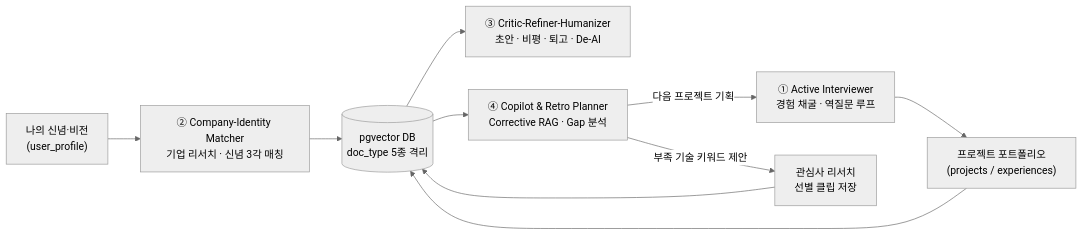
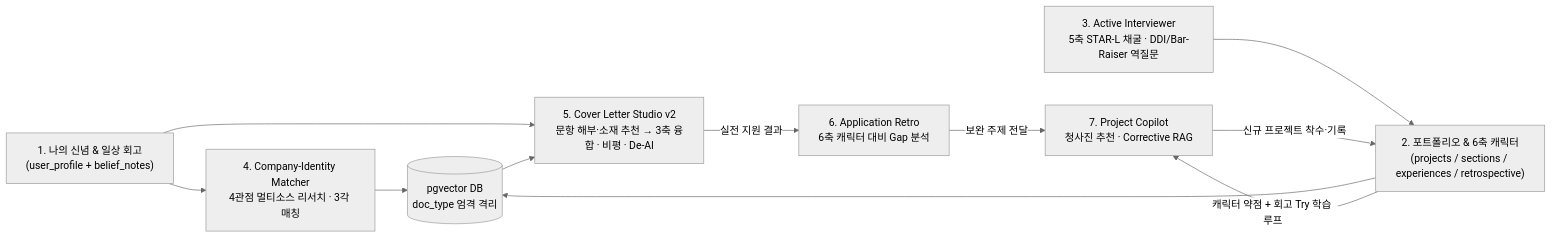
The first of 6 diagrams in WORKFLOWS.md (KASOP0306/write-on-vibe-lab), drawn with Mermaid (neutral theme) before and after one commit. The commit also changed other lines of this file and 3 other files, not shown here.

Commit message:
docs: update README, ARCHITECTURE, WORKFLOWS, and DEPLOY_EC2 to latest 7-page architecture

````diff
--- a/WORKFLOWS.md
+++ b/WORKFLOWS.md
@@ -9,12 +9,13 @@
 ```mermaid
 flowchart LR
-    ID["나의 신념·비전\n(user_profile)"] --> W2
-    W1["① Active Interviewer\n경험 채굴 · 역질문 루프"] --> PF["프로젝트 포트폴리오\n(projects / experiences)"]
-    PF --> VDB[("pgvector DB\ndoc_type 5종 격리")]
-    INT["관심사 리서치\n선별 클립 저장"] --> VDB
-    W2["② Company-Identity Matcher\n기업 리서치 · 신념 3각 매칭"] --> VDB
-    VDB --> W3["③ Critic-Refiner-Humanizer\n초안 · 비평 · 퇴고 · De-AI"]
-    VDB --> W4["④ Copilot & Retro Planner\nCorrective RAG · Gap 분석"]
-    W4 -->|"부족 기술 키워드 제안"| INT
-    W4 -->|"다음 프로젝트 기획"| W1
+    ID["1. 나의 신념 & 일상 회고\n(user_profile + belief_notes)"] --> W2
+    ID --> W3
+    W1["3. Active Interviewer\n5축 STAR-L 채굴 · DDI/Bar-Raiser 역질문"] --> PF["2. 포트폴리오 & 6축 캐릭터\n(projects / sections / experiences / retrospective)"]
+    PF --> VDB[("pgvector DB\ndoc_type 엄격 격리")]
+    W2["4. Company-Identity Matcher\n4관점 멀티소스 리서치 · 3각 매칭"] --> VDB
+    VDB --> W3["5. Cover Letter Studio v2\n문항 해부·소재 추천 → 3축 융합 · 비평 · De-AI"]
+    W3 -->|"실전 지원 결과"| W4B["6. Application Retro\n6축 캐릭터 대비 Gap 분석"]
+    W4B -->|"보완 주제 전달"| W4A["7. Project Copilot\n청사진 추천 · Corrective RAG"]
+    PF -->|"캐릭터 약점 + 회고 Try 학습 루프"| W4A
+    W4A -->|"신규 프로젝트 착수·기록"| PF
 ```
````
